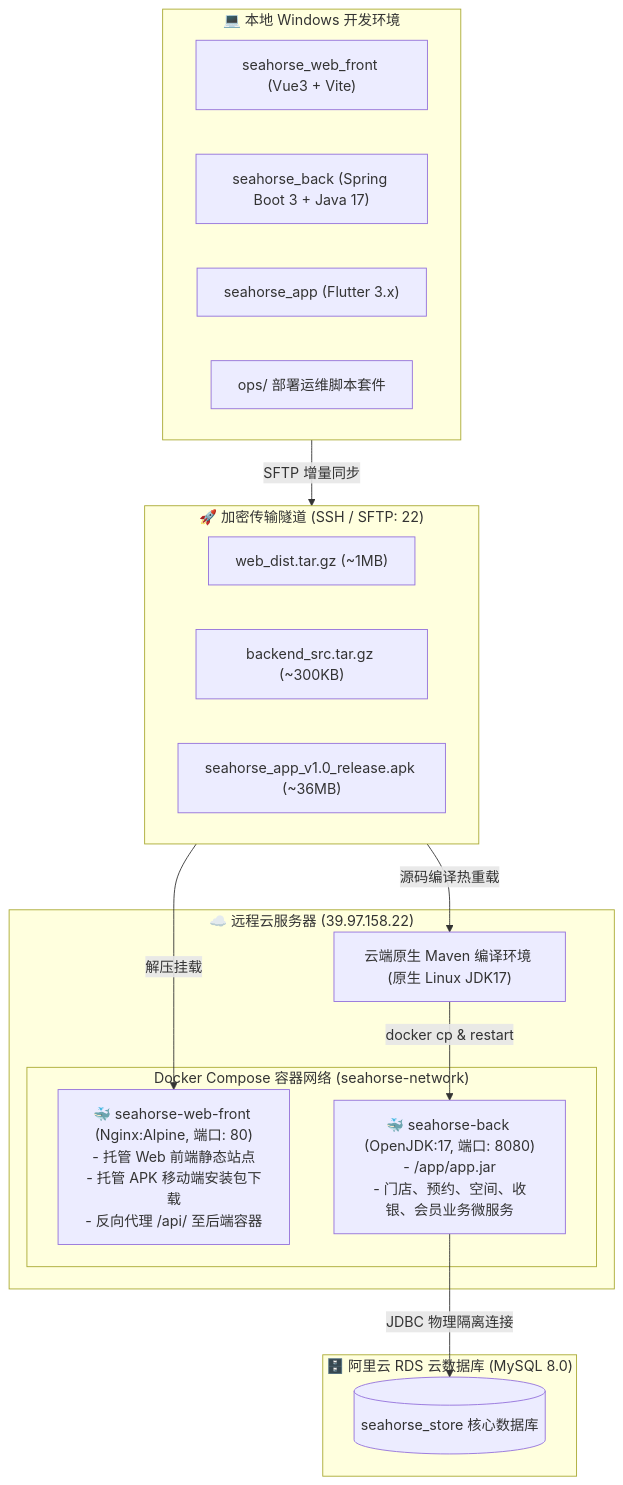
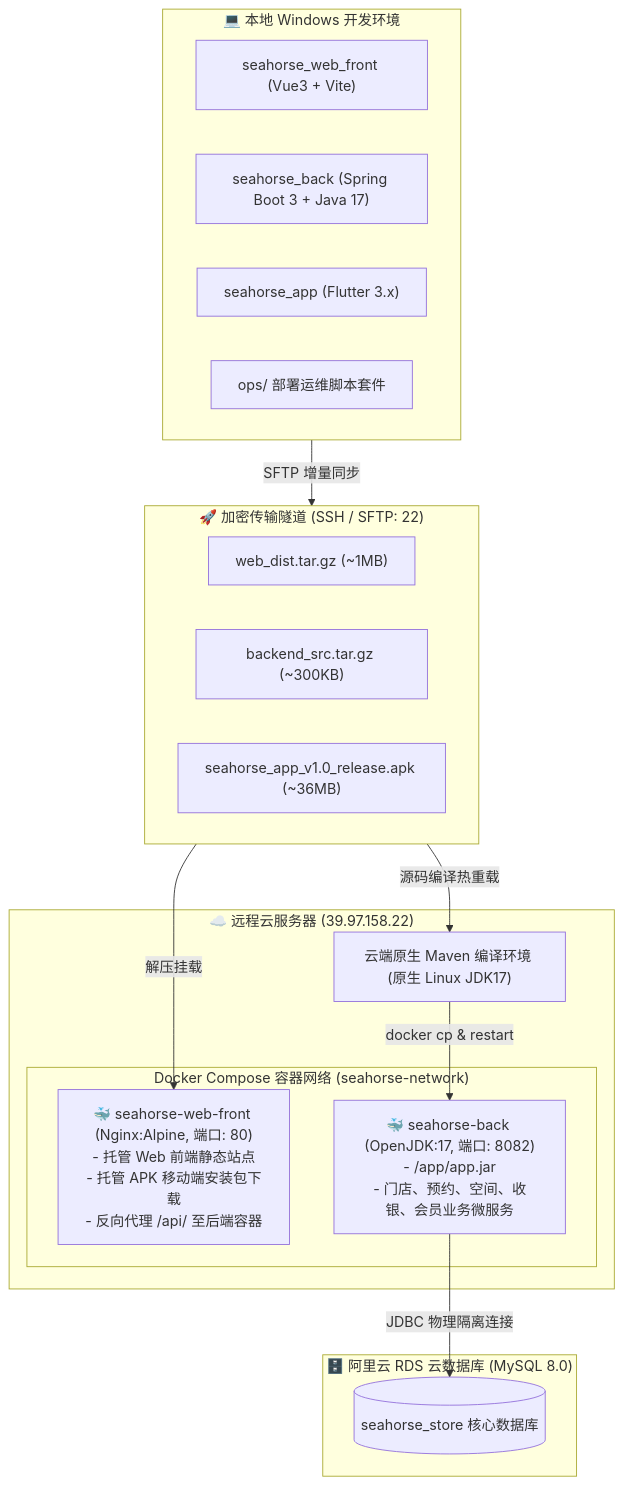
Before and after one commit to wmsir/Seahorse: the diagram in docs/DOCKER_DEPLOY_TUTORIAL.md, drawn with Mermaid. The commit also changed other lines of this file and 72 other files, not shown here.

````diff
--- a/docs/DOCKER_DEPLOY_TUTORIAL.md
+++ b/docs/DOCKER_DEPLOY_TUTORIAL.md
@@ -15,33 +15,33 @@
 ```mermaid
 flowchart TD
     subgraph Local["💻 本地 Windows 开发环境"]
         SrcFront["seahorse_web_front (Vue3 + Vite)"]
         SrcBack["seahorse_back (Spring Boot 3 + Java 17)"]
         SrcApp["seahorse_app (Flutter 3.x)"]
         OpsTool["ops/ 部署运维脚本套件"]
     end
 
     subgraph Transport["🚀 加密传输隧道 (SSH / SFTP: 22)"]
         PackFront["web_dist.tar.gz (~1MB)"]
         PackBack["backend_src.tar.gz (~300KB)"]
         PackApp["seahorse_app_v1.0_release.apk (~36MB)"]
     end
 
     subgraph Remote["☁️ 远程云服务器 (39.97.158.22)"]
         subgraph DockerNet["Docker Compose 容器网络 (seahorse-network)"]
             NginxBox["🐳 seahorse-web-front (Nginx:Alpine, 端口: 80)\n- 托管 Web 前端静态站点\n- 托管 APK 移动端安装包下载\n- 反向代理 /api/ 至后端容器"]
-            SpringBox["🐳 seahorse-back (OpenJDK:17, 端口: 8080)\n- /app/app.jar\n- 门店、预约、空间、收银、会员业务微服务"]
+            SpringBox["🐳 seahorse-back (OpenJDK:17, 端口: 8082)\n- /app/app.jar\n- 门店、预约、空间、收银、会员业务微服务"]
         end
         CloudMaven["云端原生 Maven 编译环境 (原生 Linux JDK17)"]
     end
 
     subgraph Database["🗄️ 阿里云 RDS 云数据库 (MySQL 8.0)"]
         RDS[("seahorse_store 核心数据库")]
     end
 
     Local -->|SFTP 增量同步| Transport
     Transport -->|解压挂载| NginxBox
     Transport -->|源码编译热重载| CloudMaven
     CloudMaven -->|docker cp & restart| SpringBox
     SpringBox -->|JDBC 物理隔离连接| RDS
 ```
````
